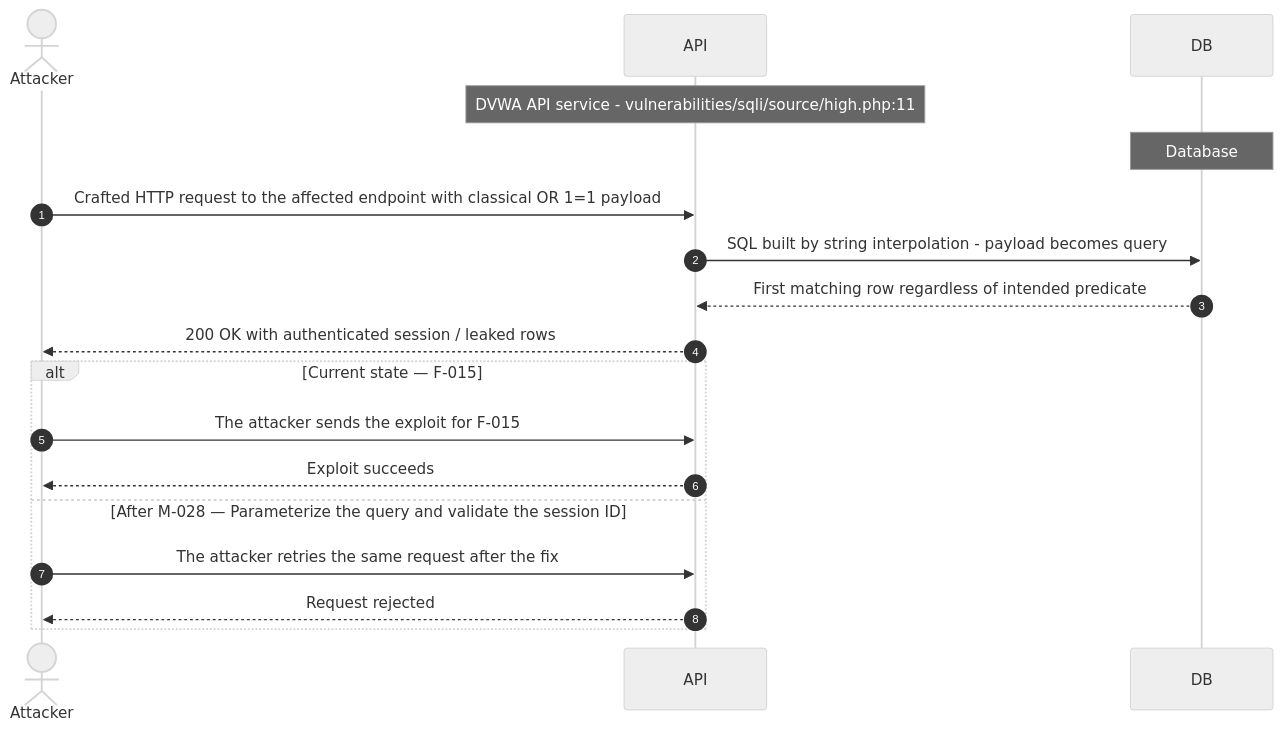
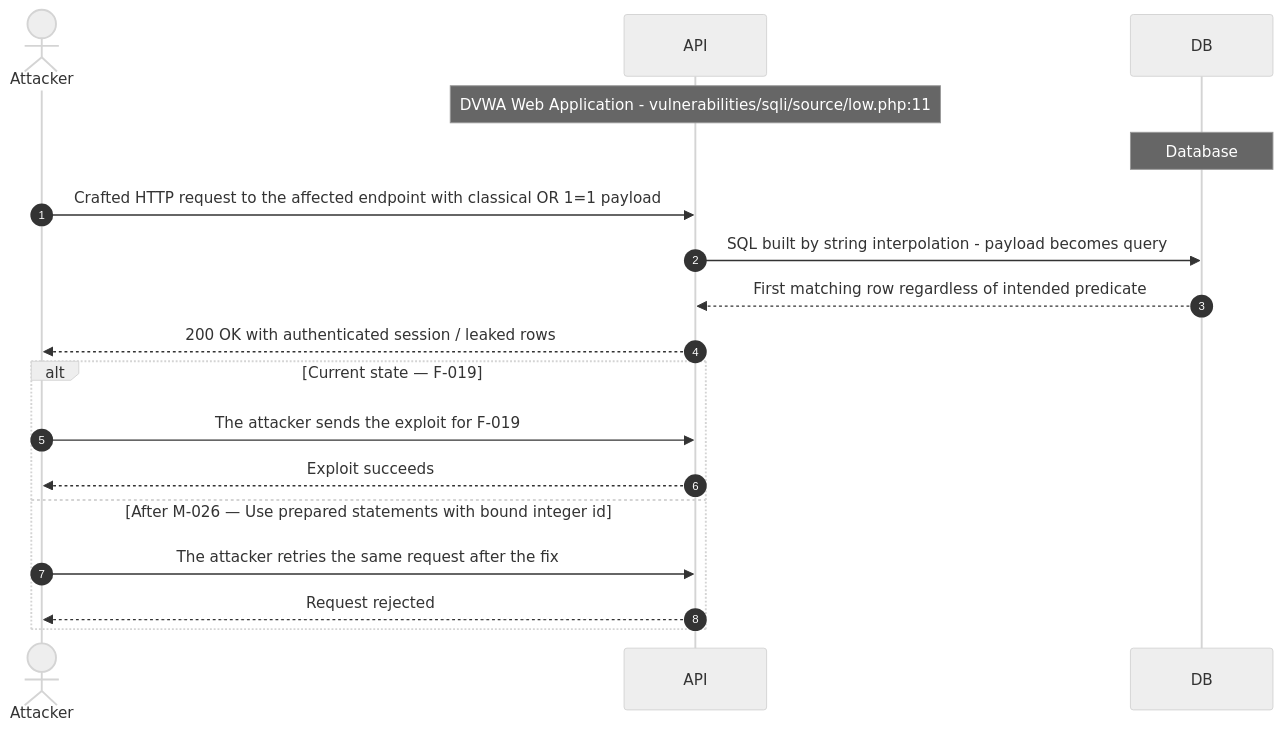
One commit to appsec-foundry/appsec-analyzer-examples changed the ninth of 15 diagrams in dvwa/security-assessment-dvwa-thorough-0.1.0.md. Above: the diagram before and after it, drawn with Mermaid (neutral theme). The commit also changed other lines of this file and 7 other files, not shown here.

````diff
--- a/dvwa/security-assessment-dvwa-thorough-0.1.0.md
+++ b/dvwa/security-assessment-dvwa-thorough-0.1.0.md
@@ -560,20 +610,20 @@
 ```mermaid
 sequenceDiagram
     autonumber
     actor Attacker
     participant API
     participant DB
-    Note over API: DVWA API service - vulnerabilities/sqli/source/high.php:11
+    Note over API: DVWA Web Application - vulnerabilities/sqli/source/low.php:11
     Note over DB: Database
     Attacker->>API: Crafted HTTP request to the affected endpoint with classical OR 1=1 payload
     API->>DB: SQL built by string interpolation - payload becomes query
     DB-->>API: First matching row regardless of intended predicate
     API-->>Attacker: 200 OK with authenticated session / leaked rows
-    alt Current state — F-015
-        Attacker->>API: The attacker sends the exploit for F-015
+    alt Current state — F-019
+        Attacker->>API: The attacker sends the exploit for F-019
         API-->>Attacker: Exploit succeeds
-    else After M-028 — Parameterize the query and validate the session ID
+    else After M-026 — Use prepared statements with bound integer id
         Attacker->>API: The attacker retries the same request after the fix
         API-->>Attacker: Request rejected
     end
 ```
````
